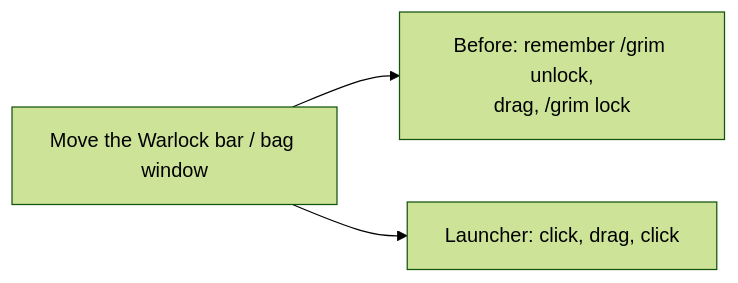
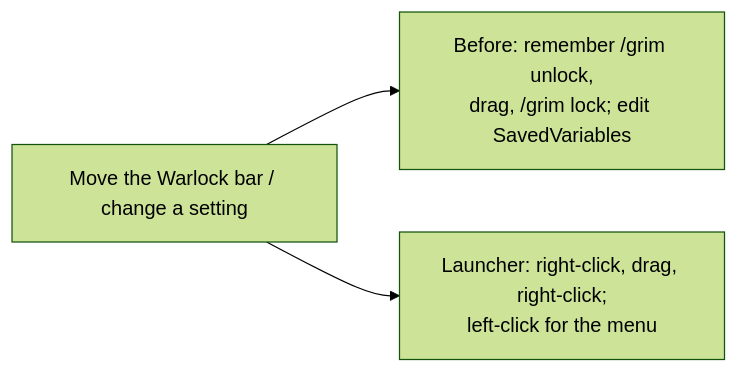
The first of 2 diagrams in docs/features/launcher/README.md (PhillypHenning/grimoire), drawn with Mermaid (forest theme) before and after one commit. The commit also changed other lines of this file and 19 other files, not shown here.

First line of the commit message:
Milestone 1: finish manager menu docs, fix launcher scale jump

````diff
--- a/docs/features/launcher/README.md
+++ b/docs/features/launcher/README.md
@@ -14,5 +14,5 @@
 ```mermaid
 flowchart LR
-    Q["Move the Warlock bar / bag window"] --> D["Before: remember /grim unlock,<br/>drag, /grim lock"]
-    Q --> G["Launcher: click, drag, click"]
+    Q["Move the Warlock bar / change a setting"] --> D["Before: remember /grim unlock,<br/>drag, /grim lock; edit SavedVariables"]
+    Q --> G["Launcher: right-click, drag, right-click;<br/>left-click for the menu"]
 ```
````
